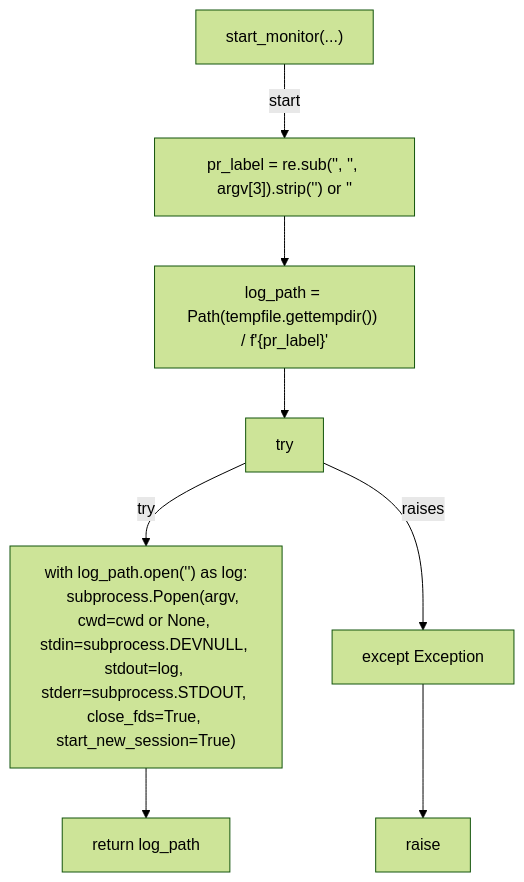
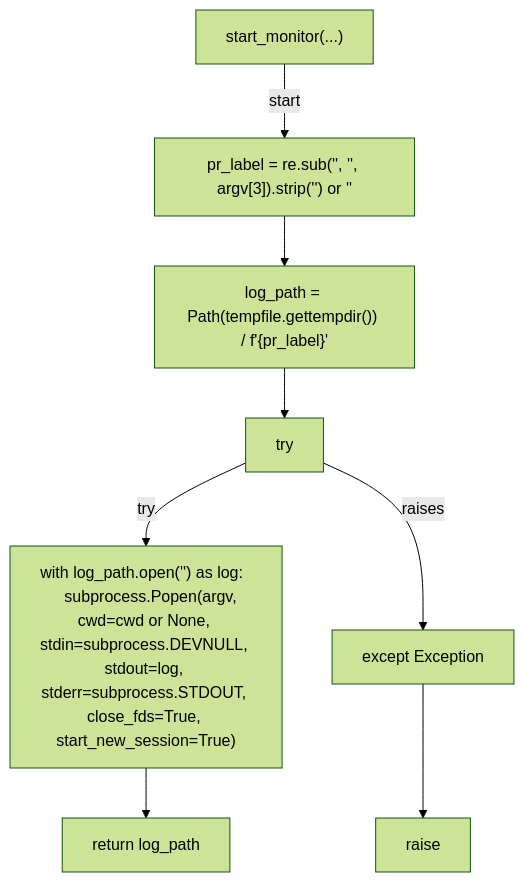
Before and after one commit to tvna/claude-md: the seventh of 10 diagrams in docs/generated/scripts/ast/post_pr_create_ci_monitor.md, drawn with Mermaid (forest theme). The commit also changed other lines of this file and 30 other files, not shown here.

First line of the commit message:
docs(generated): regenerate decision tree and workflow diagrams (batch 2/5)

````diff
--- a/docs/generated/scripts/ast/post_pr_create_ci_monitor.md
+++ b/docs/generated/scripts/ast/post_pr_create_ci_monitor.md
@@ -136,19 +100,18 @@
 ```mermaid
 flowchart TD
     N001["start_monitor(...)"]
     N002["pr_label = re.sub('<str>', '<str>', argv[3]).strip('<str>') or '<str>'"]
     N003["log_path = Path(tempfile.gettempdir()) / f'<str>{pr_label}<str>'"]
     N004["try"]
-    N005["with log_path.open('<str>') as log:
-    subprocess.Popen(argv, cwd=cwd or None, stdin=subprocess.DEVNULL, stdout=log, stderr=subprocess.STDOUT, close_fds=True, start_new_session=True)"]
+    N005["with log_path.open('<str>') as log:     subprocess.Popen(argv, cwd=cwd or None, stdin=subprocess.DEVNULL, stdout=log, stderr=subprocess.STDOUT, close_fds=True, start_new_session=True)"]
     N006["except Exception"]
     N007["raise"]
     N008["return log_path"]
     N001 -->|"start"| N002
     N002 --> N003
     N003 --> N004
     N004 -->|"try"| N005
     N004 -->|"raises"| N006
     N006 --> N007
     N005 --> N008
 ```
````
